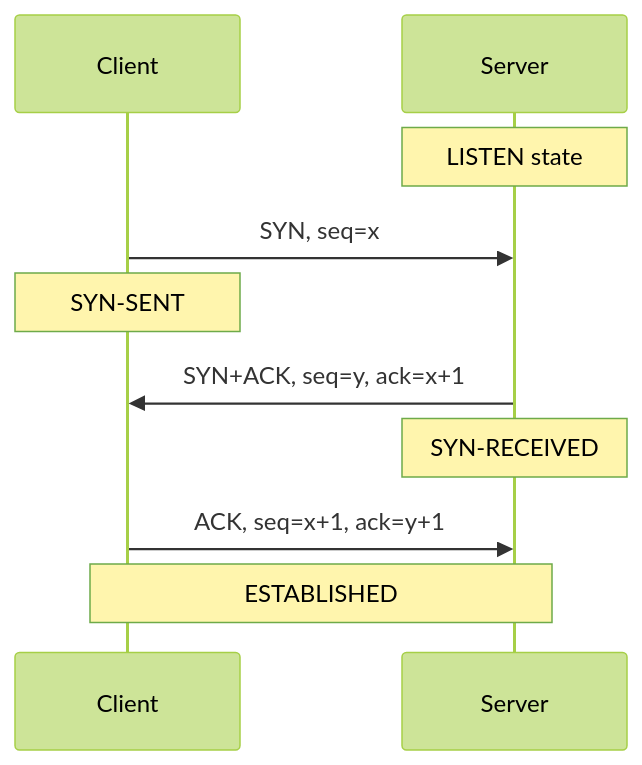
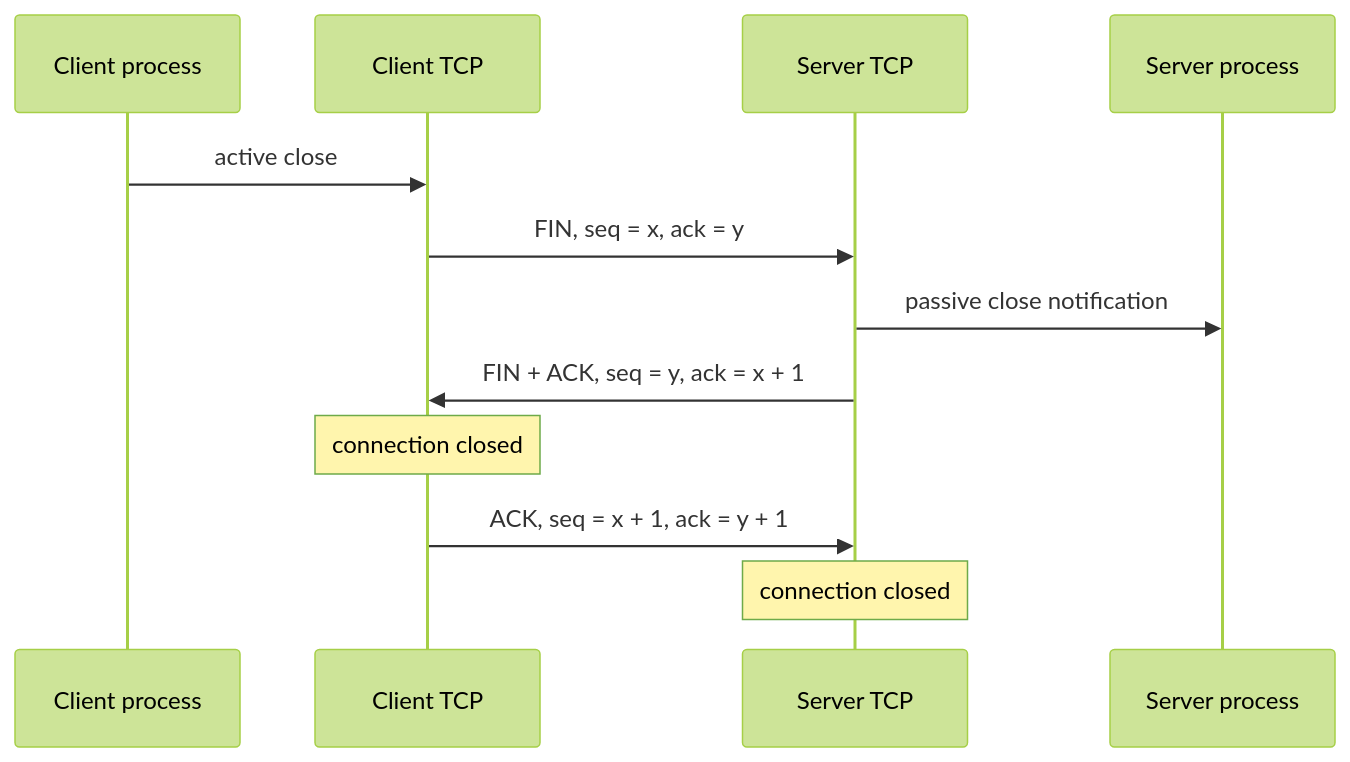
Before and after one commit to Choroning/25Spring_Computer-Networks: the sixth of 27 diagrams in Lecture-Notes/Ch08_Transmission-Control-Protocol/Concepts_Lecture.md, drawn with Mermaid (forest theme). The commit also changed other lines of this file and 20 other files, not shown here.

````diff
--- a/Lecture-Notes/Ch08_Transmission-Control-Protocol/Concepts_Lecture.md
+++ b/Lecture-Notes/Ch08_Transmission-Control-Protocol/Concepts_Lecture.md
@@ -242,13 +522,14 @@
 ```mermaid
 sequenceDiagram
-    participant C as Client
-    participant S as Server
-
-    Note over S: LISTEN state
-    C->>S: SYN, seq=x
-    Note over C: SYN-SENT
-    S->>C: SYN+ACK, seq=y, ack=x+1
-    Note over S: SYN-RECEIVED
-    C->>S: ACK, seq=x+1, ack=y+1
-    Note over C,S: ESTABLISHED
+    participant CP as Client process
+    participant C as Client TCP
+    participant S as Server TCP
+    participant SP as Server process
+    CP->>C: active close
+    C->>S: FIN, seq = x, ack = y
+    S->>SP: passive close notification
+    S->>C: FIN + ACK, seq = y, ack = x + 1
+    Note over C: connection closed
+    C->>S: ACK, seq = x + 1, ack = y + 1
+    Note over S: connection closed
 ```
````
